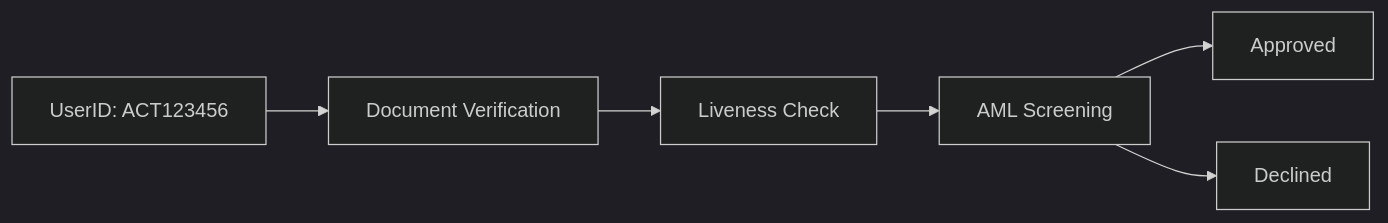
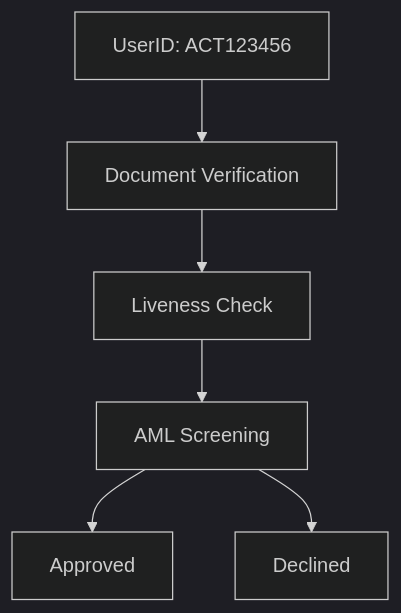
The diagram in id/id.mdx (Fantastic-Devs/Mintlify), drawn with Mermaid (dark theme) before and after one commit.

````diff
--- a/id/id.mdx
+++ b/id/id.mdx
@@ -17,15 +17,15 @@
 ```mermaid
 
-graph LR;
+graph TB;
     A["UserID: ACT123456"];
     B["Document Verification"];
     C["Liveness Check"];
     D["AML Screening"];
     E["Approved"];
     F["Declined"];
     A--> B;
     B--> C;
     C--> D;
     D--> E & F;
 
 ```
````
